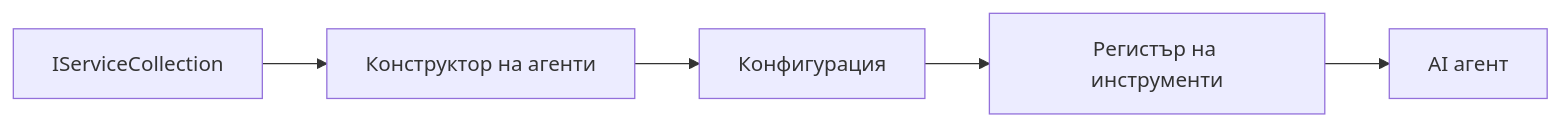
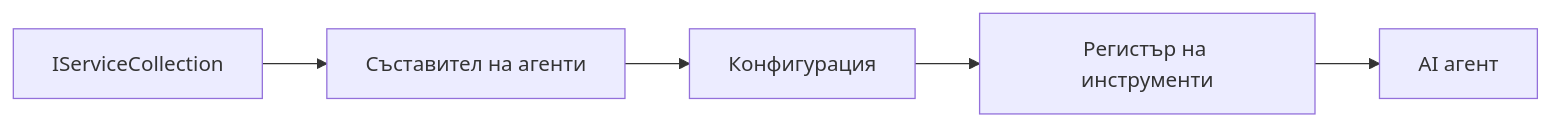
Before and after one commit to venturemavenwill/azureaifundamentals: the diagram in translations/bg/03-agentic-design-patterns/code_samples/03-dotnet-agent-framework.md, drawn with Mermaid. The commit also changed other lines of this file and 2002 other files, not shown here.

````diff
--- a/translations/bg/03-agentic-design-patterns/code_samples/03-dotnet-agent-framework.md
+++ b/translations/bg/03-agentic-design-patterns/code_samples/03-dotnet-agent-framework.md
@@ -41,7 +41,7 @@
 ```mermaid
 graph LR
-    A[IServiceCollection] --> B[Конструктор на агенти]
+    A[IServiceCollection] --> B[Съставител на агенти]
     B --> C[Конфигурация]
     C --> D[Регистър на инструменти]
     D --> E[AI агент]
 ```
````
